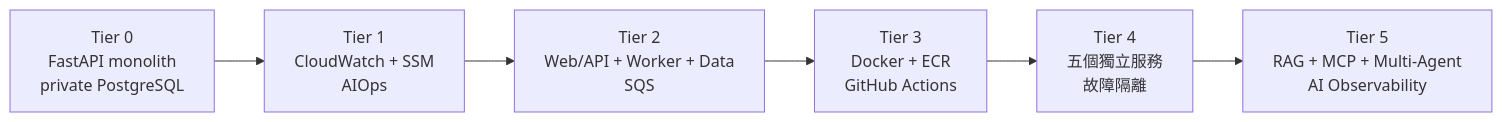
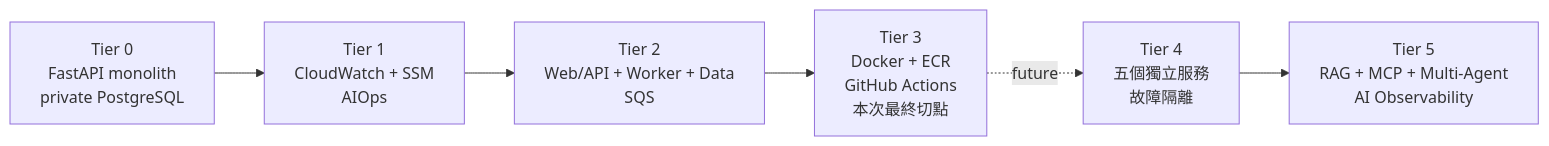
Before and after one commit to ChaoMing0815/AWS-cloud-lab: the second of 2 diagrams in docs/course-requirements-alignment.md, drawn with Mermaid. The commit also changed other lines of this file and 27 other files, not shown here.

````diff
--- a/docs/course-requirements-alignment.md
+++ b/docs/course-requirements-alignment.md
@@ -72,8 +74,8 @@
 ```mermaid
 flowchart LR
     T0["Tier 0<br/>FastAPI monolith<br/>private PostgreSQL"] --> T1["Tier 1<br/>CloudWatch + SSM<br/>AIOps"]
     T1 --> T2["Tier 2<br/>Web/API + Worker + Data<br/>SQS"]
-    T2 --> T3["Tier 3<br/>Docker + ECR<br/>GitHub Actions"]
-    T3 --> T4["Tier 4<br/>五個獨立服務<br/>故障隔離"]
+    T2 --> T3["Tier 3<br/>Docker + ECR<br/>GitHub Actions<br/>本次最終切點"]
+    T3 -. future .-> T4["Tier 4<br/>五個獨立服務<br/>故障隔離"]
     T4 --> T5["Tier 5<br/>RAG + MCP + Multi-Agent<br/>AI Observability"]
 ```
````
